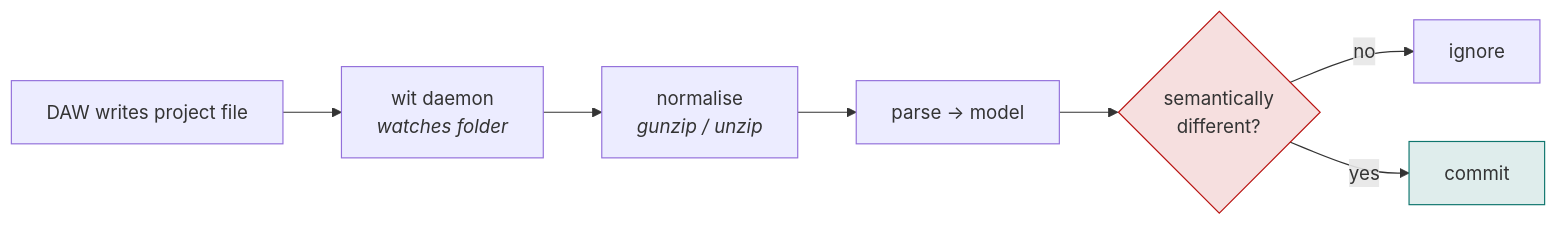
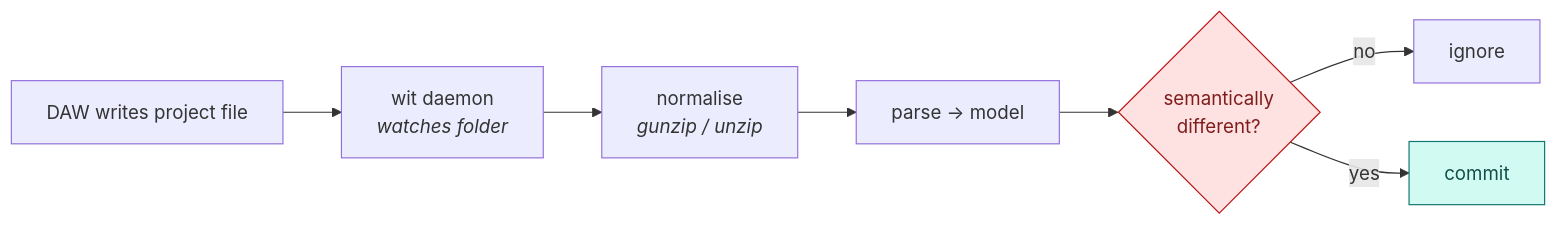
One commit to sep-lab/Wit changed the third of 3 diagrams in docs/ARCHITECTURE.md. Above: the diagram before and after it, drawn with Mermaid. The commit also changed other lines of this file and 1 other file, not shown here.

First line of the commit message:
Use 6-digit hex in mermaid styles for GitHub's renderer

````diff
--- a/docs/ARCHITECTURE.md
+++ b/docs/ARCHITECTURE.md
@@ -139,11 +139,11 @@
 ```mermaid
 flowchart LR
     DAW["DAW writes project file"] --> W["wit daemon<br/><i>watches folder</i>"]
     W --> N["normalise<br/><i>gunzip / unzip</i>"]
     N --> P["parse → model"]
     P --> D{"semantically<br/>different?"}
     D -->|no| Z["ignore"]
     D -->|yes| S["commit"]
-    style D fill:#b9121022,stroke:#b91210
-    style S fill:#0f766e22,stroke:#0f766e
+    style D fill:#fde2e1,stroke:#b91210,color:#7f1d1d
+    style S fill:#d1faf3,stroke:#0f766e,color:#134e4a
 ```
````
